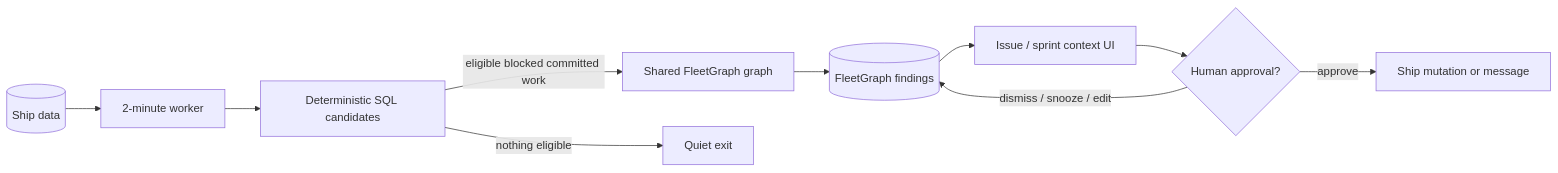
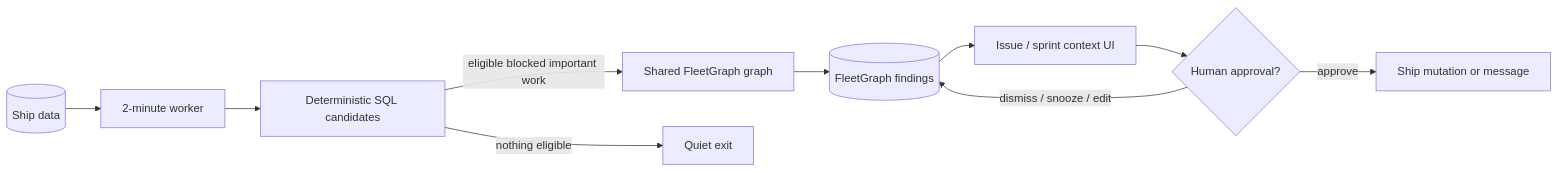
The first of 7 diagrams in my-docs/project-weeks-sot/week-5/ARCHITECTURAL_DEFENSE.md (MichaelHabermas/ship-shape), drawn with Mermaid before and after one commit. The commit also changed other lines of this file and 4 other files, not shown here.

First line of the commit message:
Remove outdated architectural defense documents for FleetGraph

````diff
--- a/my-docs/project-weeks-sot/week-5/ARCHITECTURAL_DEFENSE.md
+++ b/my-docs/project-weeks-sot/week-5/ARCHITECTURAL_DEFENSE.md
@@ -21,12 +23,12 @@
 ```mermaid
 flowchart LR
   Ship[(Ship data)] --> Worker[2-minute worker]
   Worker --> SQL[Deterministic SQL candidates]
-  SQL -->|eligible blocked committed work| Graph[Shared FleetGraph graph]
+  SQL -->|eligible blocked important work| Graph[Shared FleetGraph graph]
   SQL -->|nothing eligible| Quiet[Quiet exit]
   Graph --> Findings[(FleetGraph findings)]
   Findings --> UI[Issue / sprint context UI]
   UI --> Human{Human approval?}
   Human -->|approve| ShipAction[Ship mutation or message]
   Human -->|dismiss / snooze / edit| Findings
 ```
````
